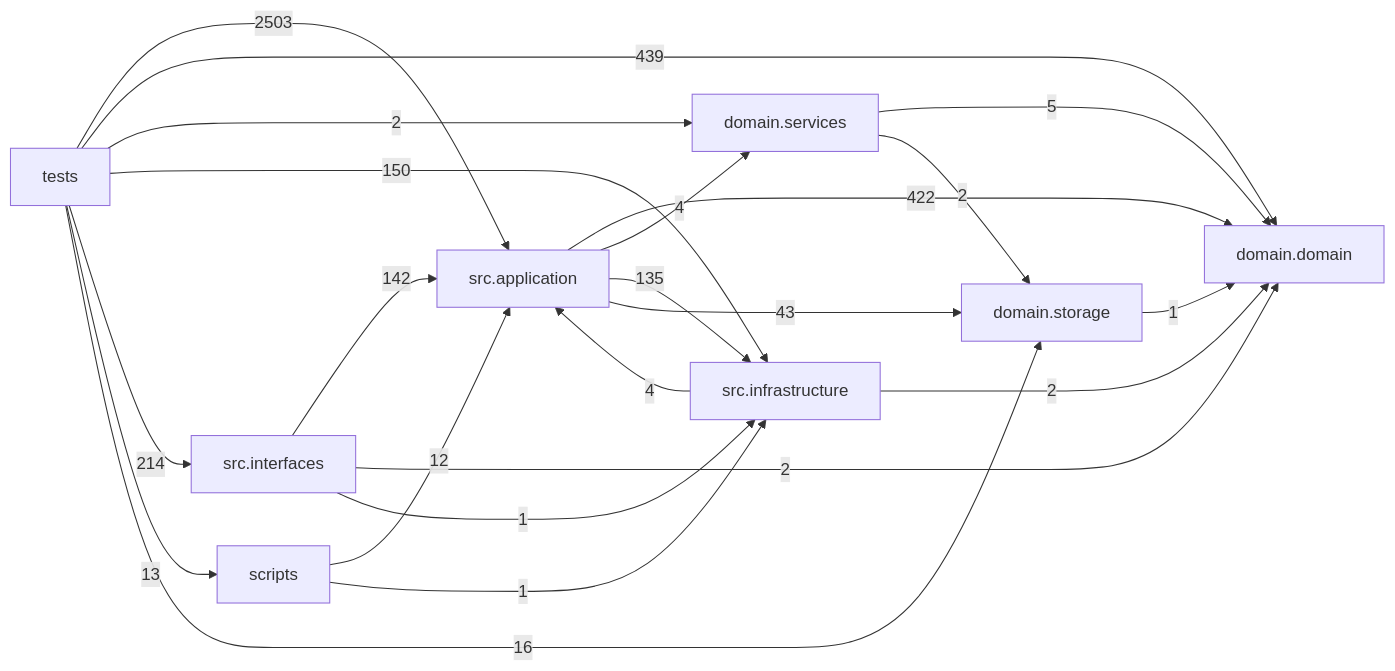
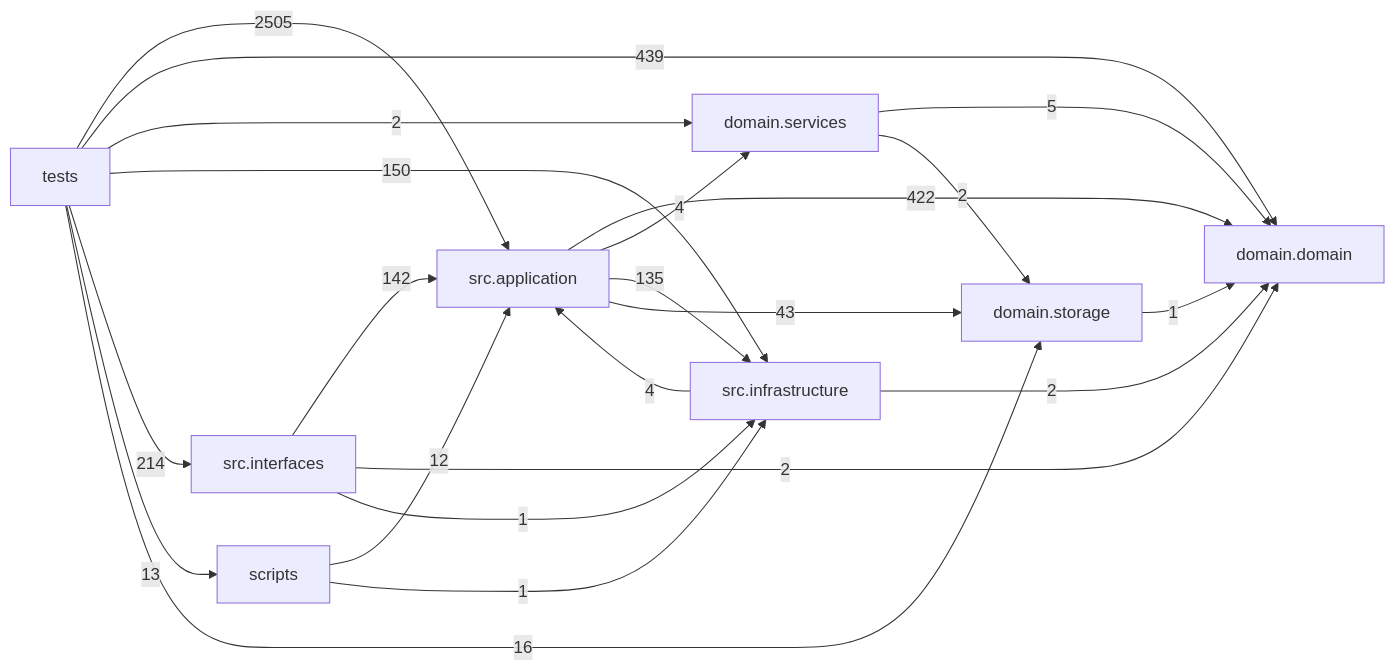
Before and after one commit to liuxie066/options-monitor: the diagram in docs/DEPENDENCY_GRAPH.md, drawn with Mermaid. The commit also changed other lines of this file, not shown here.

Commit message:
chore: refresh dependency graph

````diff
--- a/docs/DEPENDENCY_GRAPH.md
+++ b/docs/DEPENDENCY_GRAPH.md
@@ -24,32 +24,32 @@
 ```mermaid
 flowchart LR
   tests["tests"]
   scripts["scripts"]
   interfaces["src.interfaces"]
   application["src.application"]
   infrastructure["src.infrastructure"]
   domain_services["domain.services"]
   domain["domain.domain"]
   storage["domain.storage"]
   application -->|422| domain
   application -->|4| domain_services
   application -->|135| infrastructure
   application -->|43| storage
   domain_services -->|5| domain
   domain_services -->|2| storage
   infrastructure -->|4| application
   infrastructure -->|2| domain
   interfaces -->|142| application
   interfaces -->|2| domain
   interfaces -->|1| infrastructure
   scripts -->|12| application
   scripts -->|1| infrastructure
   storage -->|1| domain
-  tests -->|2503| application
+  tests -->|2505| application
   tests -->|439| domain
   tests -->|2| domain_services
   tests -->|150| infrastructure
   tests -->|214| interfaces
   tests -->|13| scripts
   tests -->|16| storage
 ```
````
